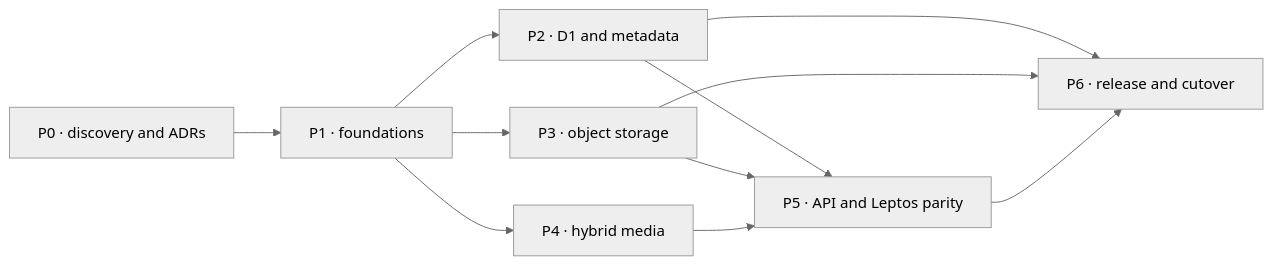
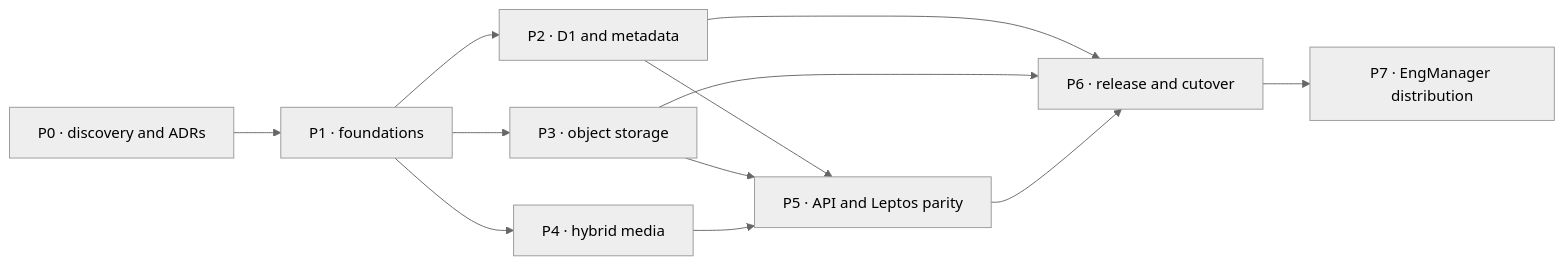
The diagram in _issues/README.md (eng-manager-xyz/frame), drawn with Mermaid (neutral theme) before and after one commit. The commit also changed other lines of this file and 12 other files, not shown here.

Commit message:
Define EngManager distribution architecture

````diff
--- a/_issues/README.md
+++ b/_issues/README.md
@@ -17,13 +20,14 @@
 ```mermaid
 flowchart LR
   P0["P0 · discovery and ADRs"] --> P1["P1 · foundations"]
   P1 --> P2["P2 · D1 and metadata"]
   P1 --> P3["P3 · object storage"]
   P1 --> P4["P4 · hybrid media"]
   P2 --> P5["P5 · API and Leptos parity"]
   P3 --> P5
   P4 --> P5
   P2 --> P6["P6 · release and cutover"]
   P3 --> P6
   P5 --> P6
+  P6 --> P7["P7 · EngManager distribution"]
 ```
````
